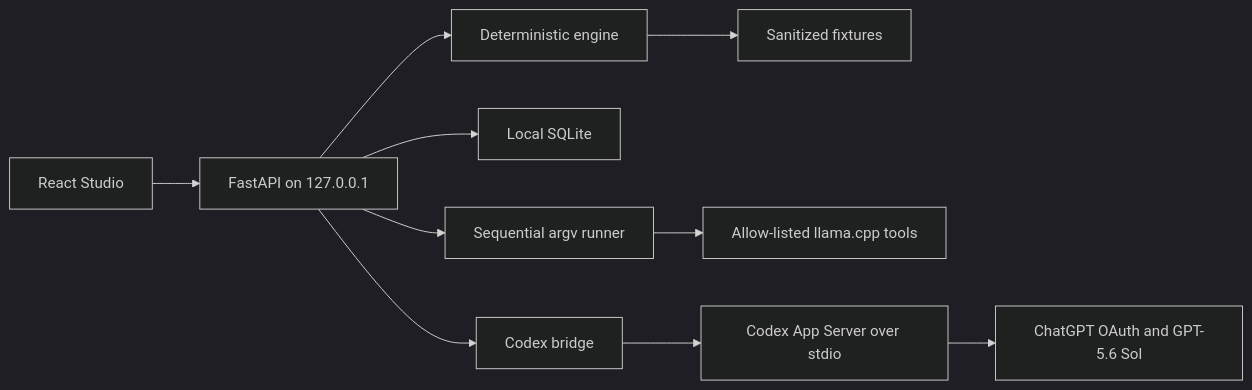
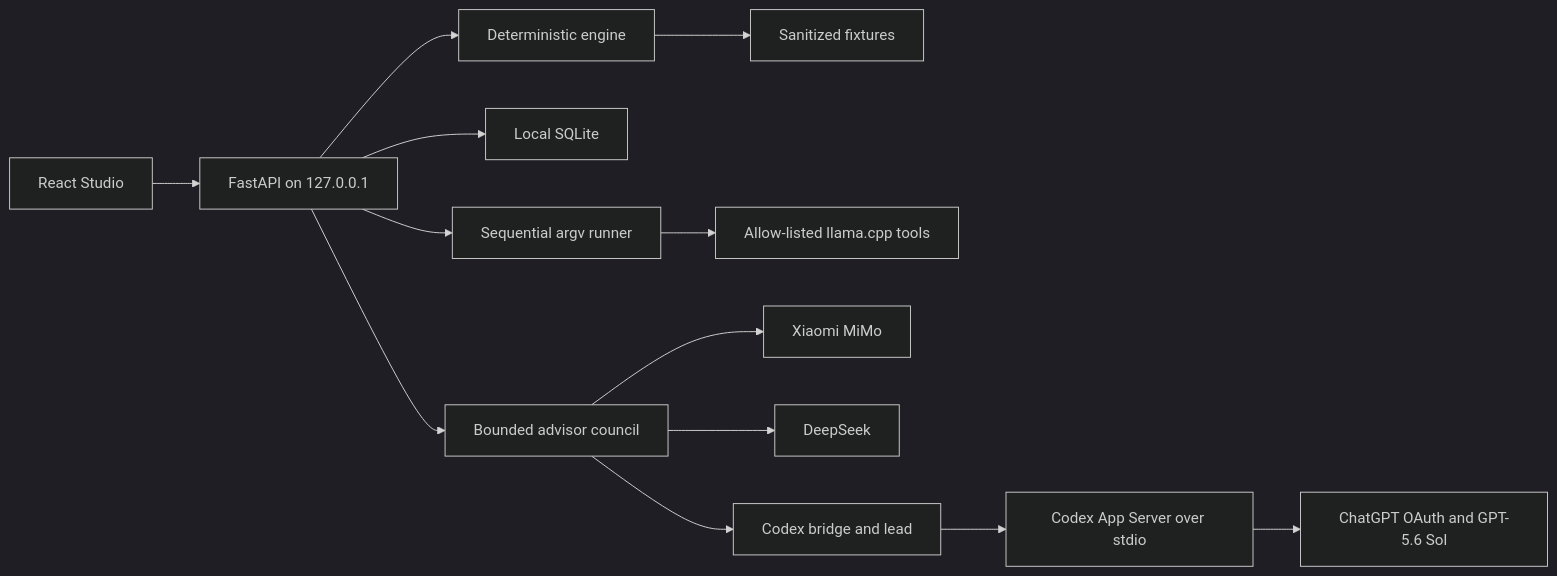
Before and after one commit to jcomlabs/moe-autopilot-studio: the diagram in docs/ARCHITECTURE.md, drawn with Mermaid (dark theme). The commit also changed other lines of this file and 26 other files, not shown here.

Commit message:
feat: add bounded multi-provider advisor hardening

````diff
--- a/docs/ARCHITECTURE.md
+++ b/docs/ARCHITECTURE.md
@@ -5,12 +5,15 @@
 ```mermaid
 flowchart LR
     UI[React Studio] --> API[FastAPI on 127.0.0.1]
     API --> Engine[Deterministic engine]
     Engine --> Fixtures[Sanitized fixtures]
     API --> Store[Local SQLite]
     API --> Runner[Sequential argv runner]
     Runner --> Llama[Allow-listed llama.cpp tools]
-    API --> Bridge[Codex bridge]
+    API --> Council[Bounded advisor council]
+    Council --> Xiaomi[Xiaomi MiMo]
+    Council --> DeepSeek[DeepSeek]
+    Council --> Bridge[Codex bridge and lead]
     Bridge --> AppServer[Codex App Server over stdio]
     AppServer --> ChatGPT[ChatGPT OAuth and GPT-5.6 Sol]
 ```
````
